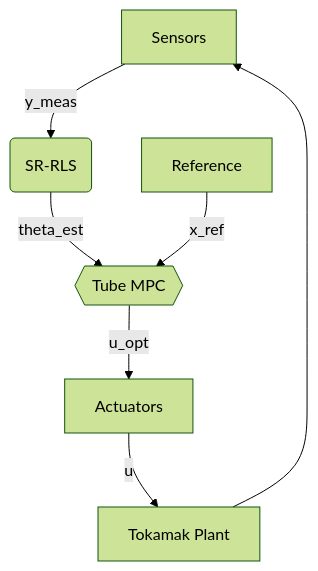
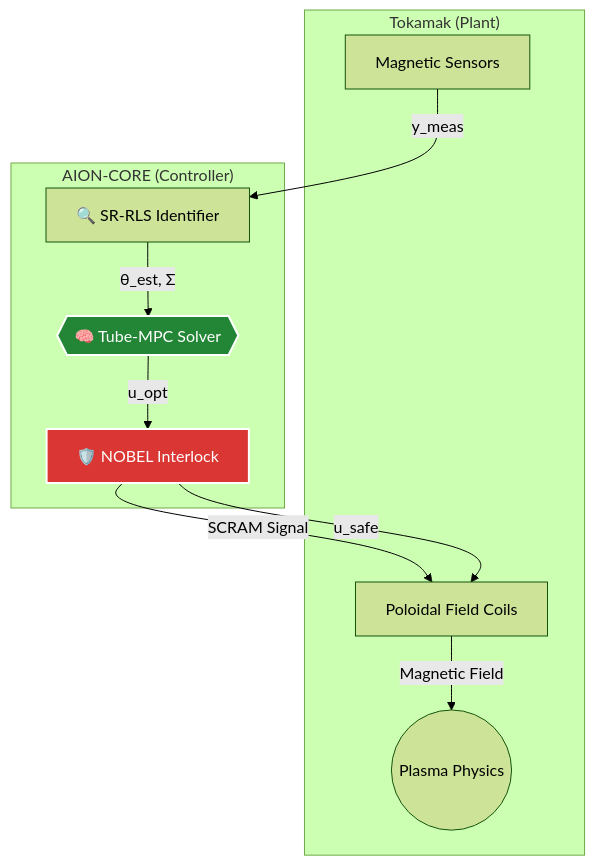
One commit to Akirabrs/AION-CORE changed the diagram in README.md. Above: the diagram before and after it, drawn with Mermaid (forest theme). The commit also changed other lines of this file and 2 other files, not shown here.

````diff
--- a/README.md
+++ b/README.md
@@ -15,9 +32,24 @@
 ```mermaid
 graph TD
-    A[Sensors] -->|y_meas| B(SR-RLS)
-    B -->|theta_est| C{{Tube MPC}}
-    D[Reference] -->|x_ref| C
-    C -->|u_opt| E[Actuators]
-    E -->|u| F[Tokamak Plant]
-    F --> A
+    subgraph "Tokamak (Plant)"
+        Plasma((Plasma Physics))
+        Sensors[Magnetic Sensors]
+        Actuators[Poloidal Field Coils]
+    end
+
+    subgraph "AION-CORE (Controller)"
+        SR_RLS[🔍 SR-RLS Identifier]
+        MPC{{🧠 Tube-MPC Solver}}
+        Safety[🛡️ NOBEL Interlock]
+    end
+
+    Sensors -->|y_meas| SR_RLS
+    SR_RLS -->|θ_est, Σ| MPC
+    Safety -->|SCRAM Signal| Actuators
+    MPC -->|u_opt| Safety
+    Safety -->|u_safe| Actuators
+    Actuators -->|Magnetic Field| Plasma
+    
+    style MPC fill:#238636,stroke:#fff,stroke-width:2px,color:#fff
+    style Safety fill:#da3633,stroke:#fff,stroke-width:2px,color:#fff
 ```
````
